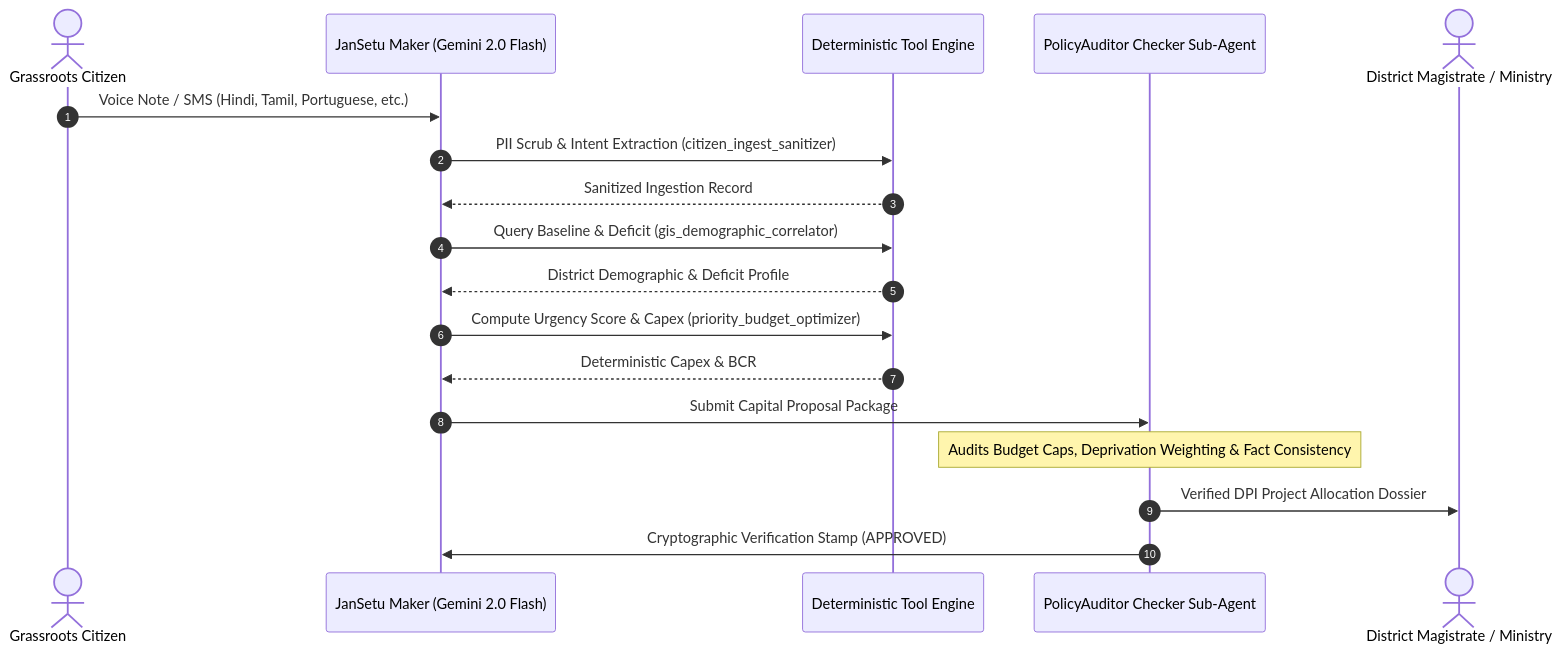
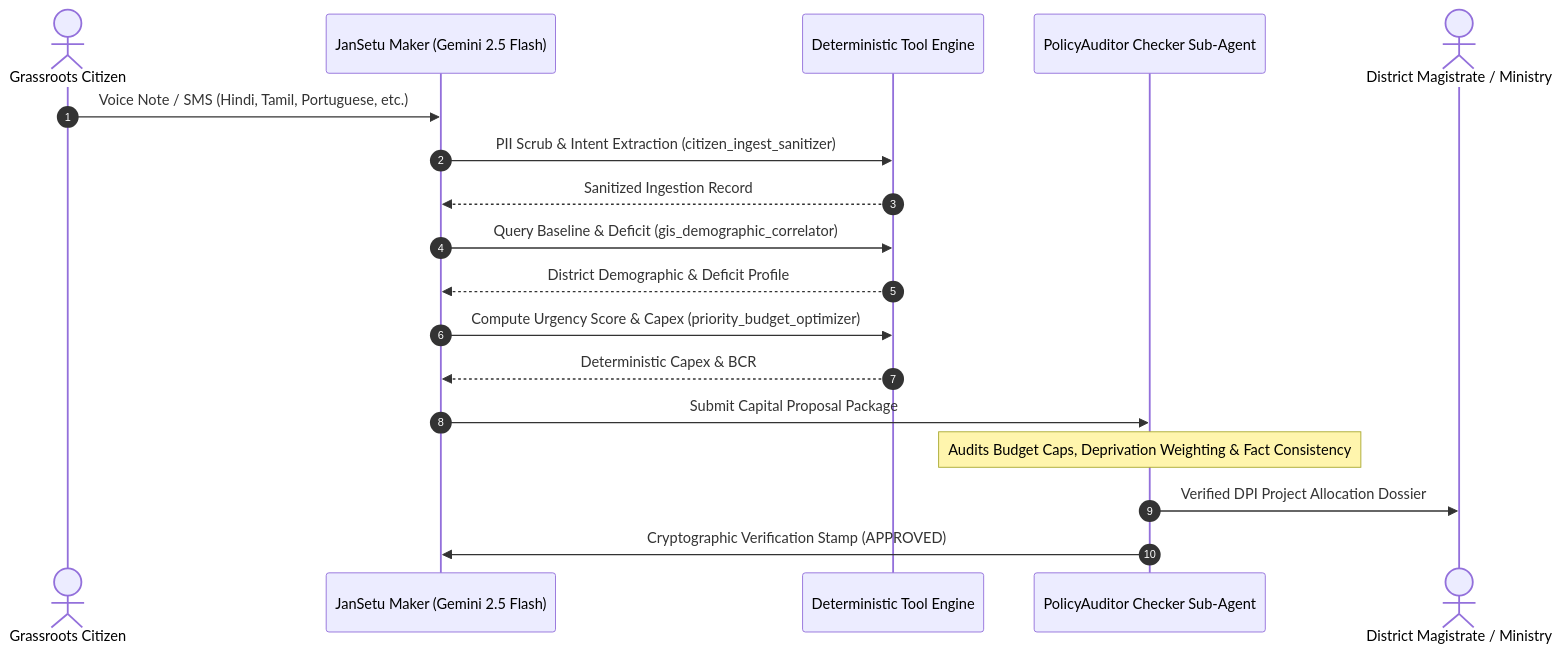
One commit to masood-mashu/jansetu-ai changed the diagram in README.md. Above: the diagram before and after it, drawn with Mermaid. The commit also changed other lines of this file and 6 other files, not shown here.

Commit message:
Standardize to Gemini 2.5 Flash, harden auth headers, add JSON key validation, and calibrate metrics

````diff
--- a/README.md
+++ b/README.md
@@ -111,21 +111,21 @@
 ```mermaid
 sequenceDiagram
     autonumber
     actor Citizen as Grassroots Citizen
-    participant Maker as JanSetu Maker (Gemini 2.0 Flash)
+    participant Maker as JanSetu Maker (Gemini 2.5 Flash)
     participant Tools as Deterministic Tool Engine
     participant Checker as PolicyAuditor Checker Sub-Agent
     actor Policy as District Magistrate / Ministry
 
     Citizen->>Maker: Voice Note / SMS (Hindi, Tamil, Portuguese, etc.)
     Maker->>Tools: PII Scrub & Intent Extraction (citizen_ingest_sanitizer)
     Tools-->>Maker: Sanitized Ingestion Record
     Maker->>Tools: Query Baseline & Deficit (gis_demographic_correlator)
     Tools-->>Maker: District Demographic & Deficit Profile
     Maker->>Tools: Compute Urgency Score & Capex (priority_budget_optimizer)
     Tools-->>Maker: Deterministic Capex & BCR
     Maker->>Checker: Submit Capital Proposal Package
     Note over Checker: Audits Budget Caps, Deprivation Weighting & Fact Consistency
     Checker->>Policy: Verified DPI Project Allocation Dossier
     Checker->>Maker: Cryptographic Verification Stamp (APPROVED)
 ```
````
